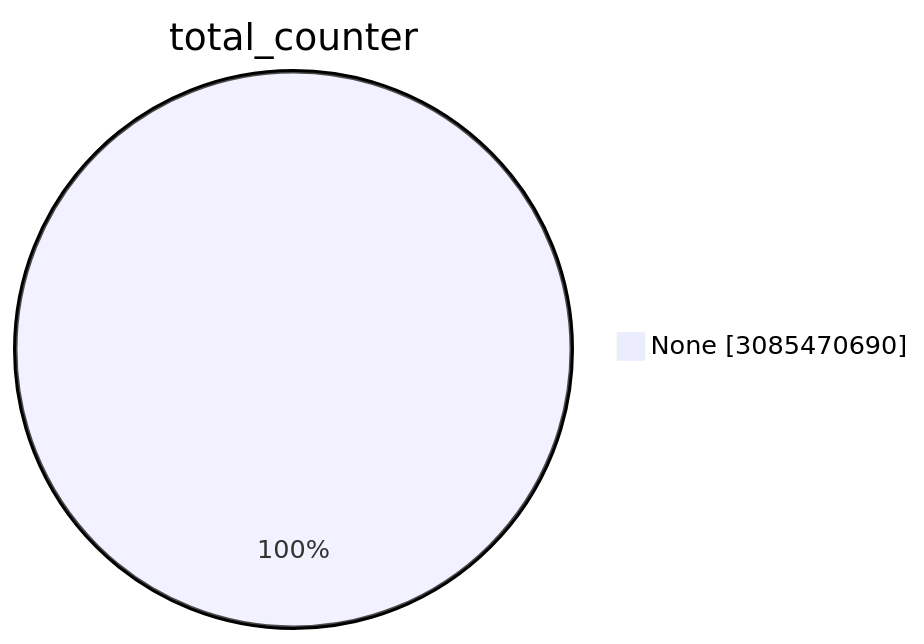
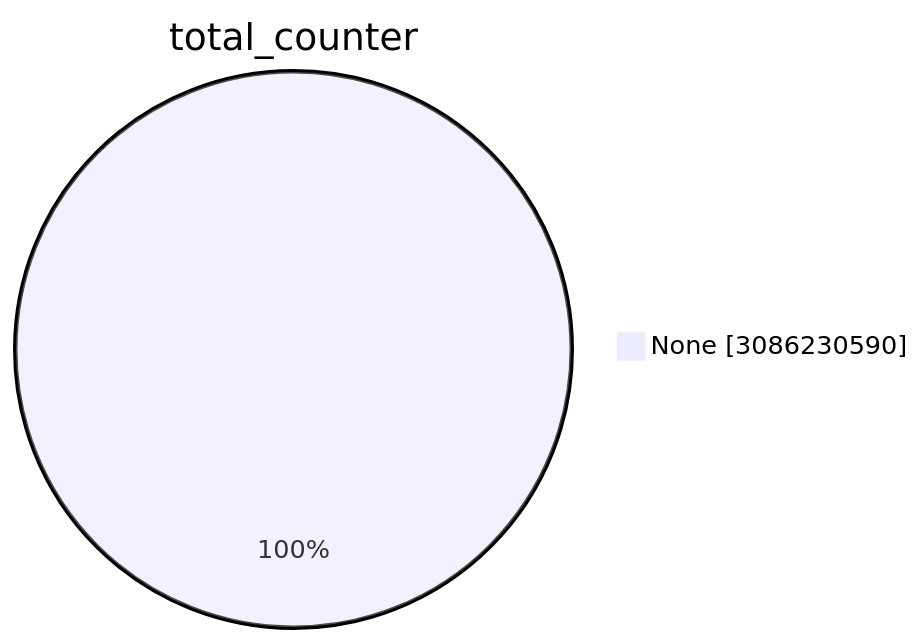
One commit to christiankrug/ctmonitor_visualization changed the first of 15 diagrams in TOTAL/README.md. Above: the diagram before and after it, drawn with Mermaid. The commit also changed other lines of this file, not shown here.

````diff
--- a/TOTAL/README.md
+++ b/TOTAL/README.md
@@ -1,5 +1,5 @@
 ```mermaid
 pie showData
 title total_counter
-"None" :3085470690
+"None" :3086230590
 ```
````
